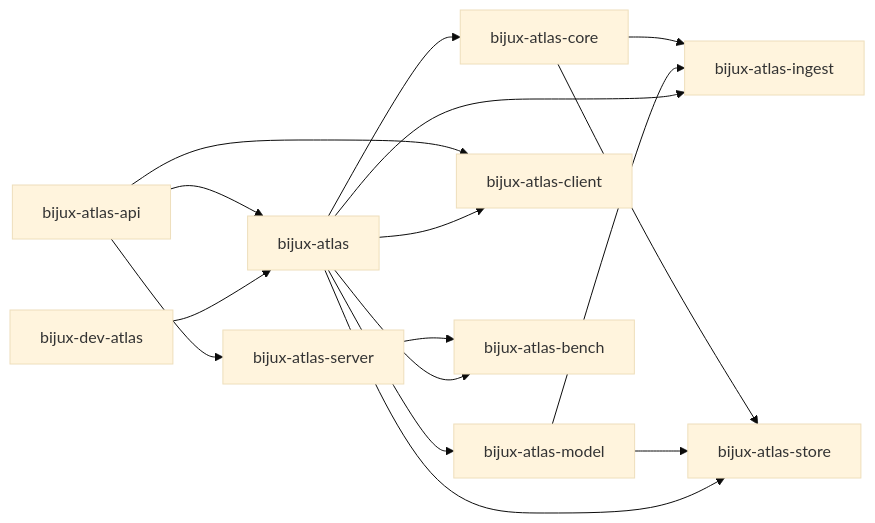
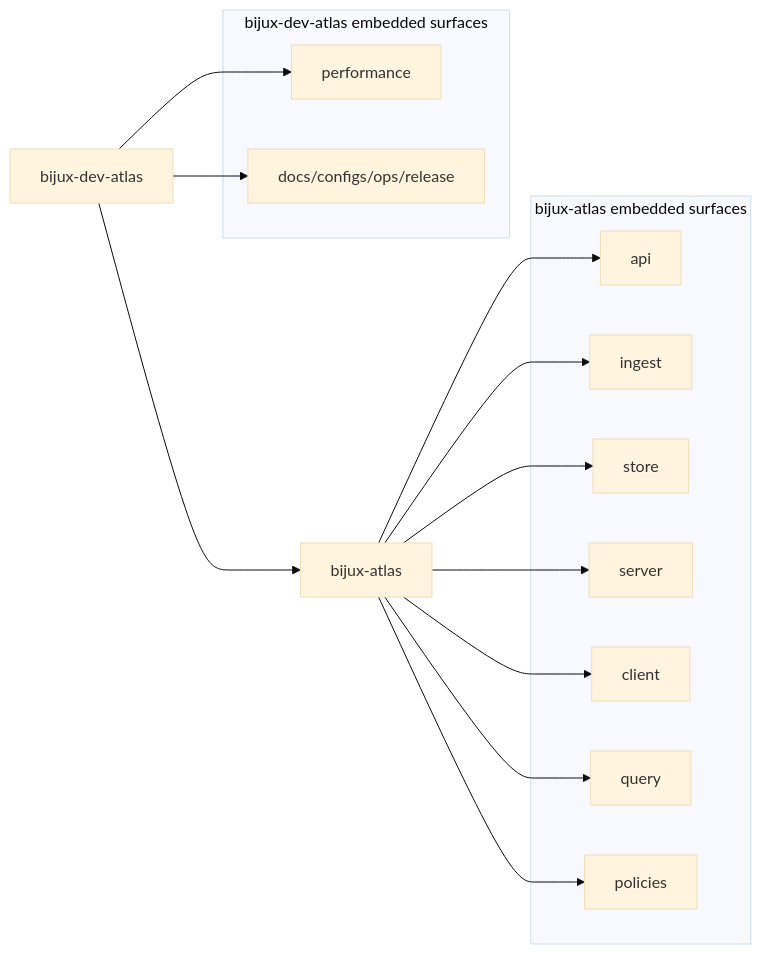
One commit to bijux/bijux-atlas changed the diagram in docs/architecture/crates-map.md. Above: the diagram before and after it, drawn with Mermaid (base theme). The commit also changed other lines of this file and 16 other files, not shown here.

Commit message:
refactor(workspace): remove atlas bench crate

````diff
--- a/docs/architecture/crates-map.md
+++ b/docs/architecture/crates-map.md
@@ -12,18 +12,26 @@
 ```mermaid
 flowchart LR
-  core[bijux-atlas-core] --> ingest[bijux-atlas-ingest]
-  model[bijux-atlas-model] --> ingest
-  core --> store[bijux-atlas-store]
-  model --> store
-  cli[bijux-atlas] --> core[bijux-atlas-core]
-  cli --> model[bijux-atlas-model]
-  cli --> store[bijux-atlas-store]
-  cli --> ingest[bijux-atlas-ingest]
-  api[bijux-atlas-api] --> cli
-  api --> server[bijux-atlas-server]
-  api --> client[bijux-atlas-client]
+  dev[bijux-dev-atlas] --> cli[bijux-atlas]
+  subgraph runtime[bijux-atlas embedded surfaces]
+    api[api]
+    ingest[ingest]
+    store[store]
+    server[server]
+    client[client]
+    query[query]
+    policies[policies]
+  end
+  cli --> api
+  cli --> ingest
+  cli --> store
+  cli --> server
   cli --> client
-  server --> bench[bijux-atlas-bench]
-  cli --> bench
-  dev[bijux-dev-atlas] --> cli
+  cli --> query
+  cli --> policies
+  subgraph control[bijux-dev-atlas embedded surfaces]
+    perf[performance]
+    docs[docs/configs/ops/release]
+  end
+  dev --> perf
+  dev --> docs
 ```
````
